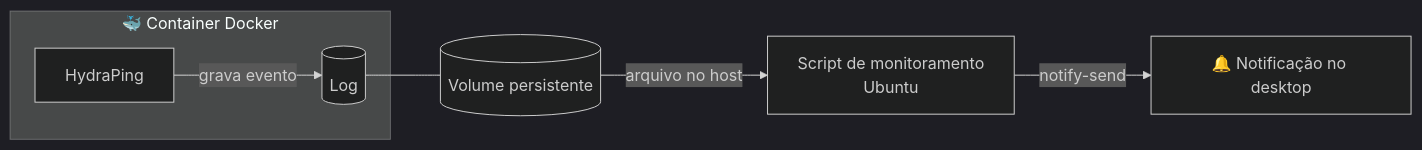
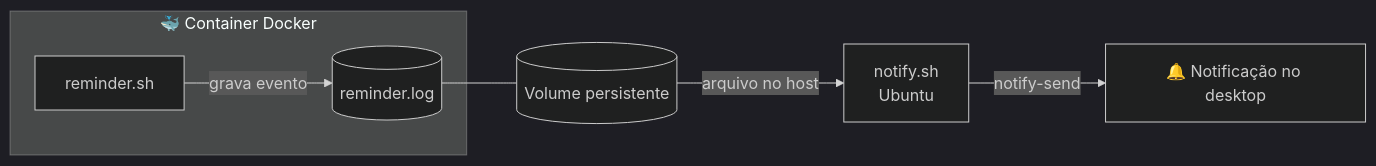
One commit to nicolejsdev/docker-labs changed the diagram in 09-hydraping/README.md. Above: the diagram before and after it, drawn with Mermaid (dark theme). The commit also changed other lines of this file, not shown here.

````diff
--- a/09-hydraping/README.md
+++ b/09-hydraping/README.md
@@ -28,9 +28,9 @@
 ```mermaid
 flowchart LR
     subgraph Container["🐳 Container Docker"]
-        A[HydraPing] -->|grava evento| L[(Log)]
+        A[reminder.sh] -->|grava evento| L[(reminder.log)]
     end
     L --- V[(Volume persistente)]
-    V -->|arquivo no host| M[Script de monitoramento<br/>Ubuntu]
+    V -->|arquivo no host| M[notify.sh<br/>Ubuntu]
     M -->|notify-send| N[🔔 Notificação no desktop]
 ```
````
